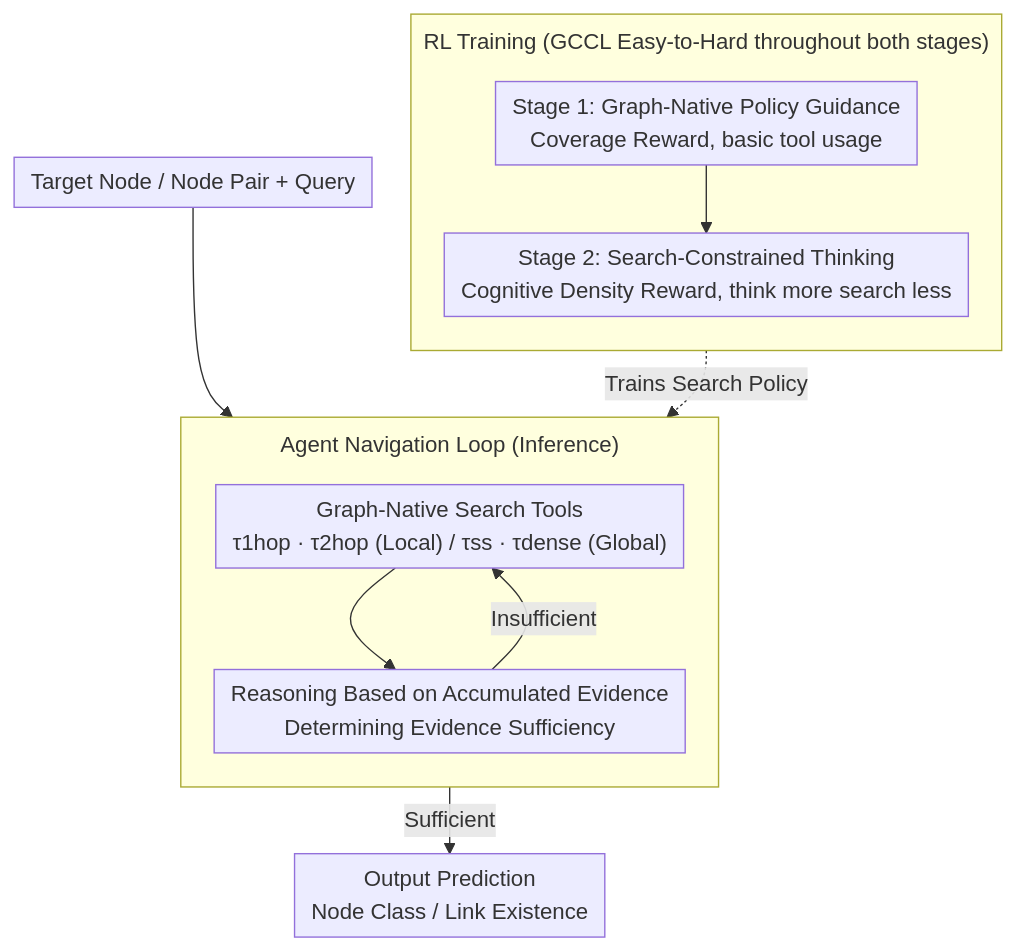
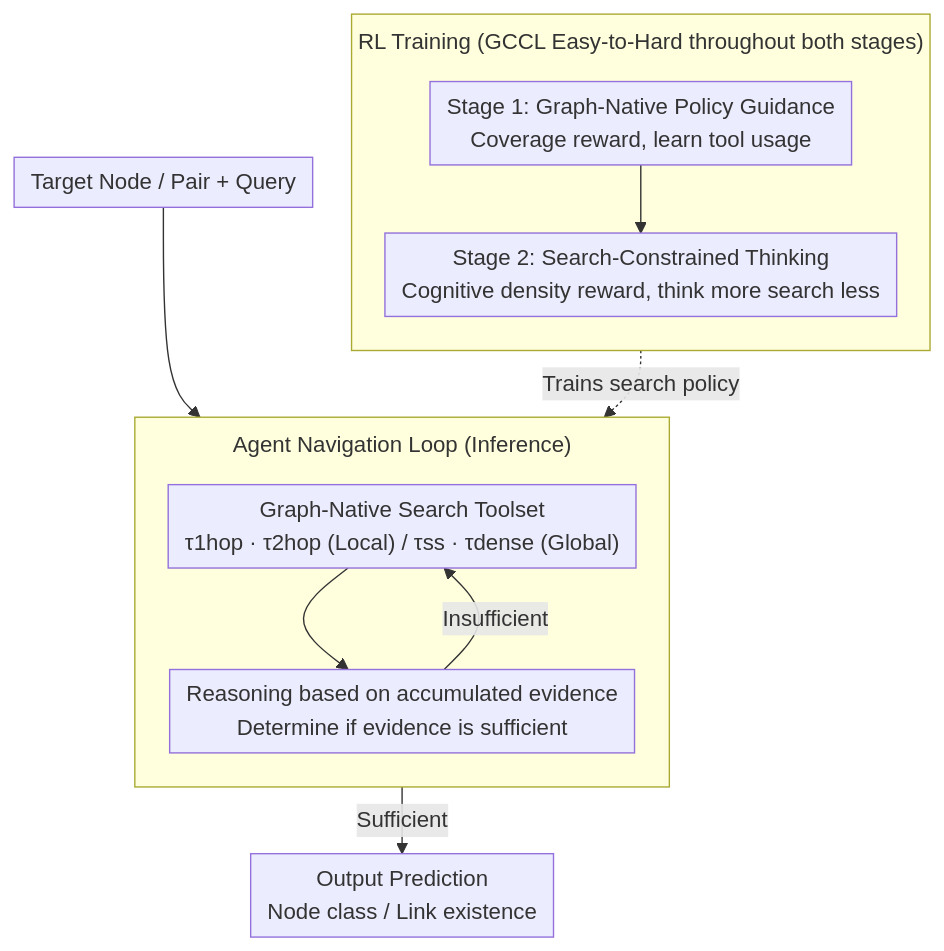
Before and after one commit to zhaoyang97/Paper-Notes-en: the diagram in docs/ACL2026/graph_learning/agentgl_towards_agentic_graph_learning_with_llms_via_reinforcement_learning.md, drawn with Mermaid. The commit also changed other lines of this file and 5084 other files, not shown here.

````diff
--- a/docs/ACL2026/graph_learning/agentgl_towards_agentic_graph_learning_with_llms_via_reinforcement_learning.md
+++ b/docs/ACL2026/graph_learning/agentgl_towards_agentic_graph_learning_with_llms_via_reinforcement_learning.md
@@ -43,16 +43,16 @@
 ```mermaid
 %%{init: {'flowchart': {'rankSpacing': 24, 'nodeSpacing': 28, 'padding': 6, 'wrappingWidth': 400, 'subGraphTitleMargin': {'top': 8, 'bottom': 16}}}}%%
 flowchart TD
-    A["Target Node / Node Pair + Query"] --> B
+    A["Target Node / Pair + Query"] --> B
     subgraph LOOP["Agent Navigation Loop (Inference)"]
         direction TB
-        B["Graph-Native Search Tools<br/>τ1hop · τ2hop (Local) / τss · τdense (Global)"] --> C["Reasoning Based on Accumulated Evidence<br/>Determining Evidence Sufficiency"]
+        B["Graph-Native Search Toolset<br/>τ1hop · τ2hop (Local) / τss · τdense (Global)"] --> C["Reasoning based on accumulated evidence<br/>Determine if evidence is sufficient"]
         C -->|Insufficient| B
     end
-    C -->|Sufficient| D["Output Prediction<br/>Node Class / Link Existence"]
+    C -->|Sufficient| D["Output Prediction<br/>Node class / Link existence"]
     subgraph TRAIN["RL Training (GCCL Easy-to-Hard throughout both stages)"]
         direction TB
-        E["Stage 1: Graph-Native Policy Guidance<br/>Coverage Reward, basic tool usage"] --> F["Stage 2: Search-Constrained Thinking<br/>Cognitive Density Reward, think more search less"]
+        E["Stage 1: Graph-Native Policy Guidance<br/>Coverage reward, learn tool usage"] --> F["Stage 2: Search-Constrained Thinking<br/>Cognitive density reward, think more search less"]
     end
-    TRAIN -.Trains Search Policy.-> B
+    TRAIN -.Trains search policy.-> B
 ```
````
